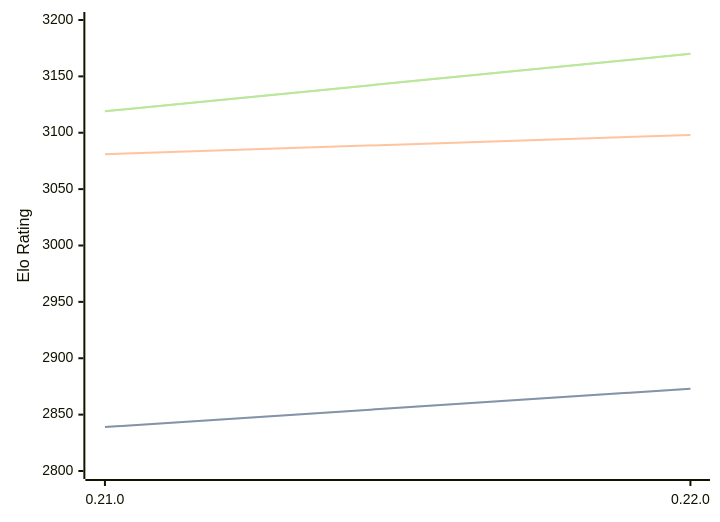
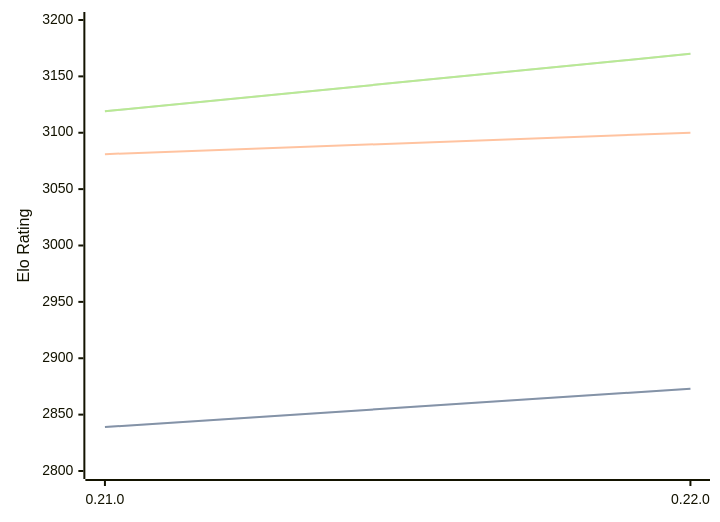
Before and after one commit to computer-chess-index/cci: the diagram in engines/Princhess.md, drawn with Mermaid. The commit also changed other lines of this file, not shown here.

````diff
--- a/engines/Princhess.md
+++ b/engines/Princhess.md
@@ -32,11 +32,11 @@
 ```mermaid
 %%{init: {"theme":"base","themeVariables":{"seriesColors:['#a3a3a3','#222221','#faa371']}}}%%
 xychart-beta
   x-axis ["0.21.0", "0.22.0"]
   y-axis "Elo Rating" 2800 --> 3200
   line "" [2839, 2873]
   line "STC (8.0+0.08s)" [2839, 2873]
-  line "LTC (60.0+0.60s)" [3081, 3098]
+  line "LTC (60.0+0.60s)" [3081, 3100]
   line "" [3119, 3170]
   line "VLTC (2m24s+1.12s)" [3119, 3170]
 ```
````
